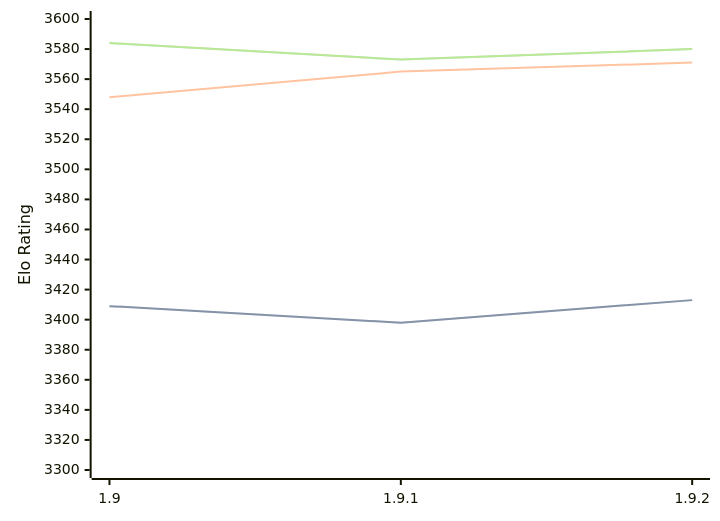
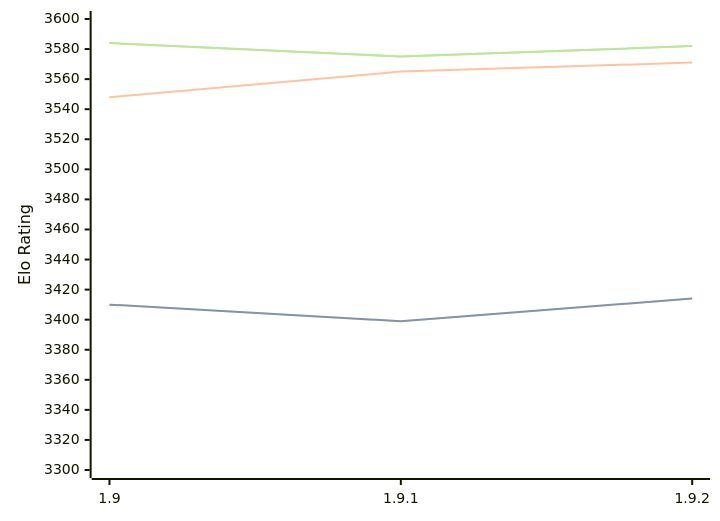
Before and after one commit to computer-chess-index/cci: the diagram in engines/Pawnocchio.md, drawn with Mermaid. The commit also changed other lines of this file, not shown here.

Commit message:
Update CCI Ratings (ELO VLTC) - 2026-02-17

````diff
--- a/engines/Pawnocchio.md
+++ b/engines/Pawnocchio.md
@@ -45,11 +45,11 @@
 ```mermaid
 %%{init: {"theme":"base","themeVariables":{"seriesColors:['#a3a3a3','#222221','#faa371']}}}%%
 xychart-beta
   x-axis ["1.9", "1.9.1", "1.9.2"]
   y-axis "Elo Rating" 3300 --> 3600
-  line "STC (8.0+0.08s)" [3409, 3398, 3413]
-  line "STC (8.0+0.08s)" [3409, 3398, 3413]
+  line "STC (8.0+0.08s)" [3410, 3399, 3414]
+  line "STC (8.0+0.08s)" [3410, 3399, 3414]
   line "LTC (60.0+0.60s)" [3548, 3565, 3571]
-  line "VLTC (2m24s+1.12s)" [3584, 3573, 3580]
-  line "VLTC (2m24s+1.12s)" [3584, 3573, 3580]
+  line "VLTC (2m24s+1.12s)" [3584, 3575, 3582]
+  line "VLTC (2m24s+1.12s)" [3584, 3575, 3582]
 ```
````
